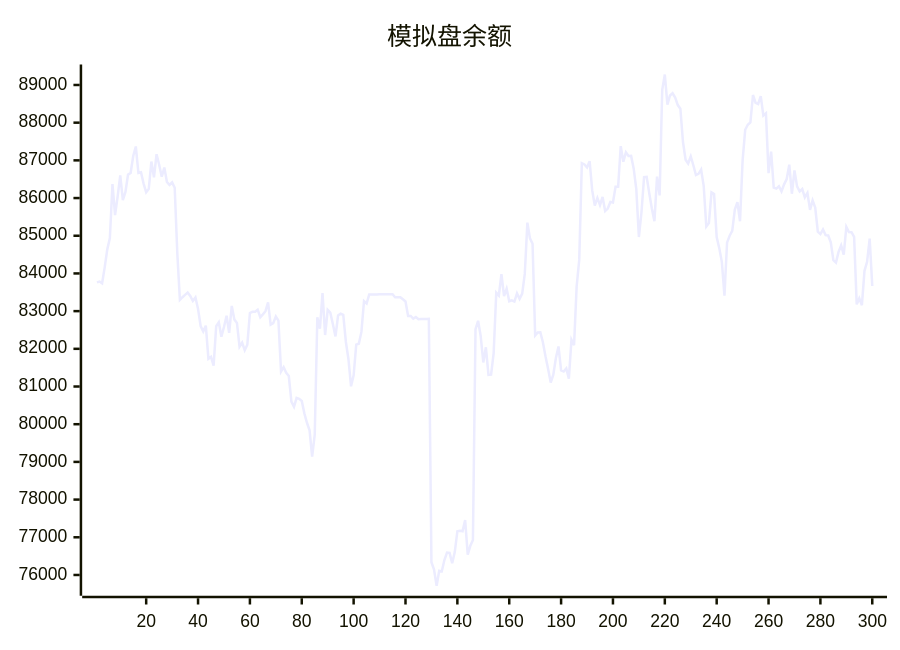
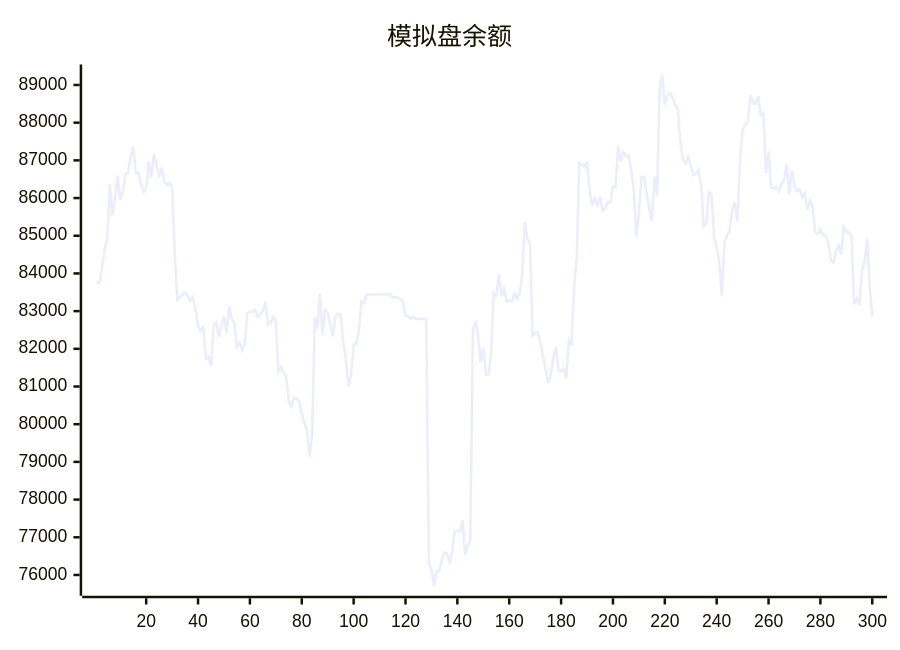
One commit to aahl/ai-trading changed the diagram in README.md. Above: the diagram before and after it, drawn with Mermaid. The commit also changed other lines of this file and 1 other file, not shown here.

````diff
--- a/README.md
+++ b/README.md
@@ -5,5 +5,5 @@
 ```mermaid
 xychart
     title "模拟盘余额"
-    line [83762,83785,83738,84160,84639,84939,86370,85548,86046,86599,85942,86161,86622,86664,87115,87369,86666,86685,86384,86152,86243,86969,86548,87164,86885,86566,86809,86427,86348,86417,86273,84538,83299,83369,83430,83490,83404,83270,83362,83056,82605,82459,82614,81734,81788,81551,82598,82702,82320,82580,82878,82426,83139,82778,82686,82056,82166,81963,82110,82951,82983,82984,83038,82838,82915,82998,83235,82642,82682,82858,82746,81396,81512,81362,81277,80600,80461,80699,80673,80616,80288,80038,79836,79142,79722,82837,82533,83480,82366,83032,82960,82654,82330,82883,82934,82901,82188,81728,81005,81298,82110,82135,82449,83264,83203,83440,83439,83440,83440,83446,83447,83448,83447,83448,83449,83369,83369,83369,83313,83256,82872,82873,82801,82844,82785,82791,82791,82793,82794,76339,76145,75714,76110,76096,76397,76594,76585,76310,76607,77160,77170,77160,77456,76541,76774,76927,82520,82744,82337,81639,82040,81307,81314,81887,83490,83414,83984,83396,83594,83261,83287,83253,83470,83327,83465,83987,85348,84930,84786,82355,82433,82438,82167,81795,81466,81105,81315,81756,82064,81426,81398,81481,81210,82242,82099,83658,84359,86925,86892,86814,86980,86203,85802,86003,85811,86028,85657,85721,85896,85880,86300,86299,87378,86965,87214,87115,87118,86780,86238,84966,85623,86555,86562,86129,85722,85387,86569,86070,88870,89278,88477,88720,88781,88668,88467,88372,87493,87018,86917,87102,86870,86613,86644,86758,86317,85242,85334,86149,86106,84968,84671,84302,83410,84816,85001,85127,85693,85891,85384,87001,87811,87945,88007,88734,88528,88495,88705,88189,88248,86662,87234,86279,86251,86314,86177,86364,86503,86886,86114,86731,86310,86176,86240,86017,86136,85685,85938,85749,85111,85044,85164,85016,85008,84824,84354,84287,84572,84745,84500,85234,85096,85095,84970,83180,83338,83157,84070,84309,84922,83667]
+    line [83785,83738,84160,84639,84939,86370,85548,86046,86599,85942,86161,86622,86664,87115,87369,86666,86685,86384,86152,86243,86969,86548,87164,86885,86566,86809,86427,86348,86417,86273,84538,83299,83369,83430,83490,83404,83270,83362,83056,82605,82459,82614,81734,81788,81551,82598,82702,82320,82580,82878,82426,83139,82778,82686,82056,82166,81963,82110,82951,82983,82984,83038,82838,82915,82998,83235,82642,82682,82858,82746,81396,81512,81362,81277,80600,80461,80699,80673,80616,80288,80038,79836,79142,79722,82837,82533,83480,82366,83032,82960,82654,82330,82883,82934,82901,82188,81728,81005,81298,82110,82135,82449,83264,83203,83440,83439,83440,83440,83446,83447,83448,83447,83448,83449,83369,83369,83369,83313,83256,82872,82873,82801,82844,82785,82791,82791,82793,82794,76339,76145,75714,76110,76096,76397,76594,76585,76310,76607,77160,77170,77160,77456,76541,76774,76927,82520,82744,82337,81639,82040,81307,81314,81887,83490,83414,83984,83396,83594,83261,83287,83253,83470,83327,83465,83987,85348,84930,84786,82355,82433,82438,82167,81795,81466,81105,81315,81756,82064,81426,81398,81481,81210,82242,82099,83658,84359,86925,86892,86814,86980,86203,85802,86003,85811,86028,85657,85721,85896,85880,86300,86299,87378,86965,87214,87115,87118,86780,86238,84966,85623,86555,86562,86129,85722,85387,86569,86070,88870,89278,88477,88720,88781,88668,88467,88372,87493,87018,86917,87102,86870,86613,86644,86758,86317,85242,85334,86149,86106,84968,84671,84302,83410,84816,85001,85127,85693,85891,85384,87001,87811,87945,88007,88734,88528,88495,88705,88189,88248,86662,87234,86279,86251,86314,86177,86364,86503,86886,86114,86731,86310,86176,86240,86017,86136,85685,85938,85749,85111,85044,85164,85016,85008,84824,84354,84287,84572,84745,84500,85234,85096,85095,84970,83180,83338,83157,84070,84309,84922,83667,82850]
 ```
````
